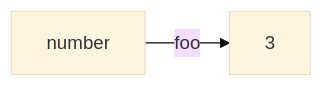
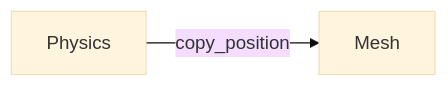
Before and after one commit to stickyfingies/grove: the second of 2 diagrams in src/ecs/README.md, drawn with Mermaid (base theme). The commit also changed other lines of this file and 102 other files, not shown here.

````diff
--- a/src/ecs/README.md
+++ b/src/ecs/README.md
@@ -39,4 +86,4 @@
 ```mermaid
 flowchart LR
-    number -->|foo| 3
+Physics -->|copy_position| Mesh
 ```
````
